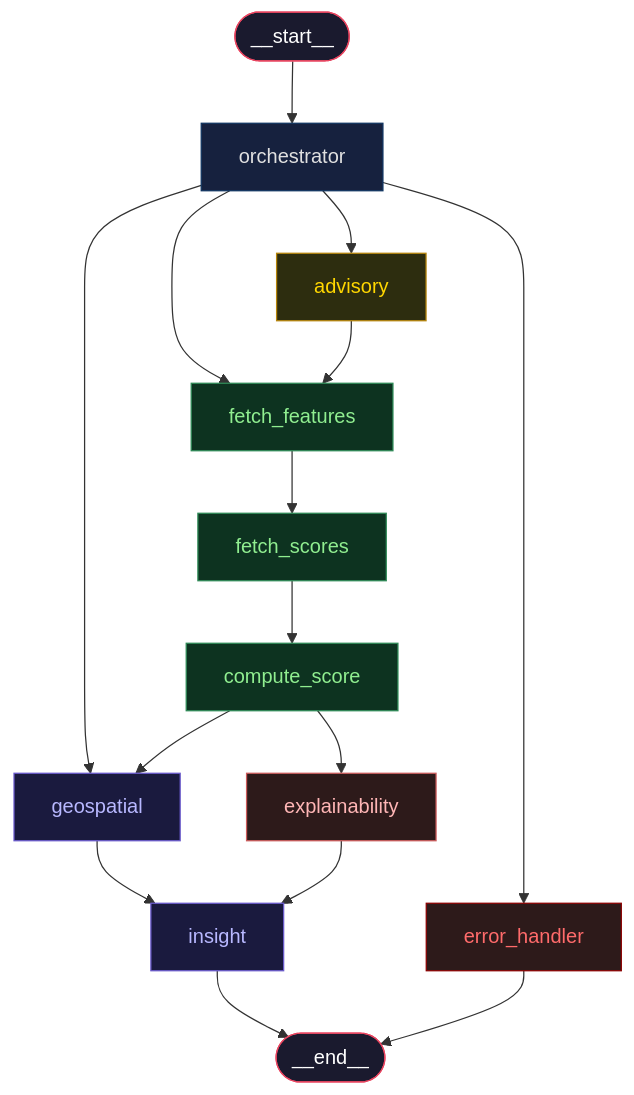
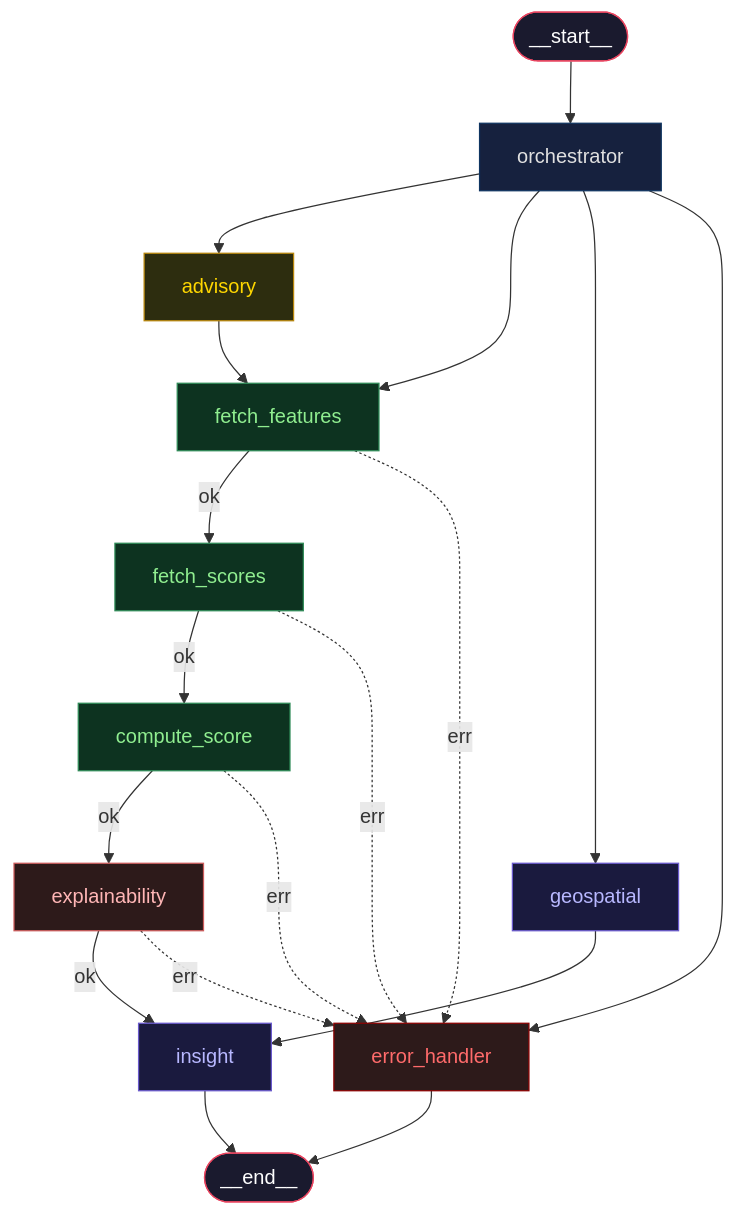
One commit to code-YK/geospatial_analyzer changed the second of 3 diagrams in README.md. Above: the diagram before and after it, drawn with Mermaid. The commit also changed other lines of this file and 3 other files, not shown here.

````diff
--- a/README.md
+++ b/README.md
@@ -109,35 +113,40 @@
 ```mermaid
 flowchart TD
     START(["__start__"]) --> orchestrator
 
     orchestrator --> advisory
     orchestrator --> fetch_features
     orchestrator --> geospatial
     orchestrator --> error_handler
 
     advisory --> fetch_features
 
-    fetch_features --> fetch_scores
-    fetch_scores --> compute_score
+    fetch_features -->|ok| fetch_scores
+    fetch_features -.->|err| error_handler
 
-    compute_score --> explainability
-    compute_score --> geospatial
+    fetch_scores -->|ok| compute_score
+    fetch_scores -.->|err| error_handler
+
+    compute_score -->|ok| explainability
+    compute_score -.->|err| error_handler
+
+    explainability -->|ok| insight
+    explainability -.->|err| error_handler
 
     geospatial --> insight
-    explainability --> insight
 
     insight --> END(["__end__"])
     error_handler --> END
 
     style START fill:#1a1a2e,stroke:#e94560,color:#fff
     style END fill:#1a1a2e,stroke:#e94560,color:#fff
     style orchestrator fill:#16213e,stroke:#0f3460,color:#e0e0e0
     style advisory fill:#2d2d0f,stroke:#b8860b,color:#ffd700
     style fetch_features fill:#0d3320,stroke:#2e8b57,color:#90ee90
     style fetch_scores fill:#0d3320,stroke:#2e8b57,color:#90ee90
     style compute_score fill:#0d3320,stroke:#2e8b57,color:#90ee90
     style geospatial fill:#1a1a3e,stroke:#6a5acd,color:#b8b8ff
     style explainability fill:#2d1a1a,stroke:#cd5c5c,color:#ffb6b6
     style insight fill:#1a1a3e,stroke:#6a5acd,color:#b8b8ff
     style error_handler fill:#2d1a1a,stroke:#8b0000,color:#ff6b6b
 ```
````
